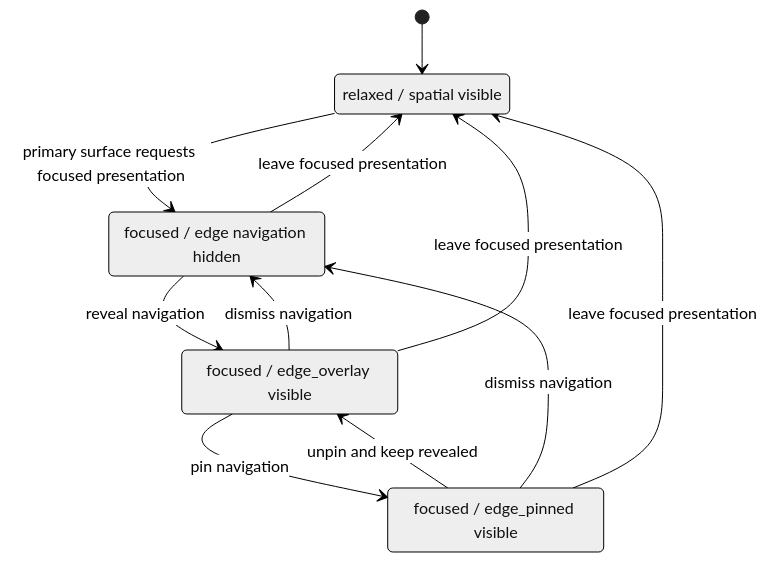
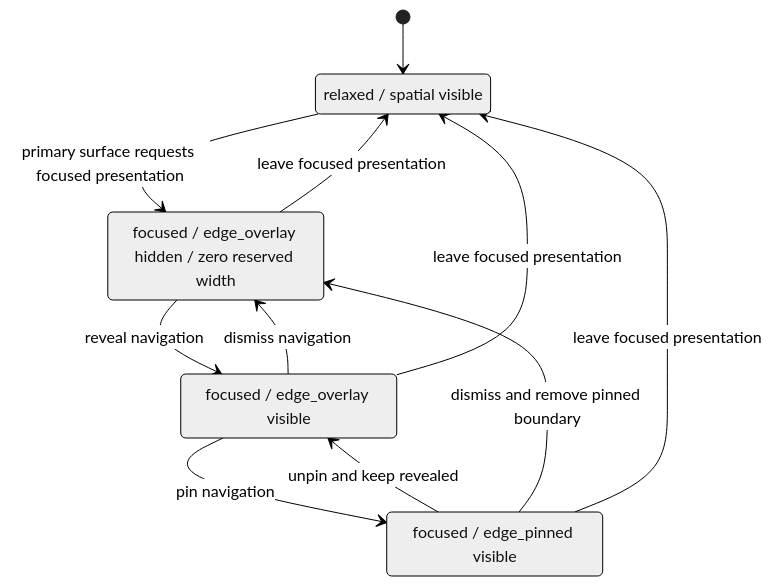
Before and after one commit to Resonant-Jones/Codexify: the diagram in docs/architecture/adr/096-adaptive-application-sidebar-posture-and-shell-boundary.md, drawn with Mermaid (neutral theme). The commit also changed other lines of this file and 1 other file, not shown here.

Commit message:
Clarify hidden sidebar allocation and conversation origin filtering

````diff
--- a/docs/architecture/adr/096-adaptive-application-sidebar-posture-and-shell-boundary.md
+++ b/docs/architecture/adr/096-adaptive-application-sidebar-posture-and-shell-boundary.md
@@ -50,17 +52,17 @@
 ```mermaid
 stateDiagram-v2
     [*] --> RelaxedSpatial
     RelaxedSpatial: relaxed / spatial visible
-    FocusedHidden: focused / edge navigation hidden
+    FocusedHidden: focused / edge_overlay hidden / zero reserved width
     FocusedOverlay: focused / edge_overlay visible
     FocusedPinned: focused / edge_pinned visible
     RelaxedSpatial --> FocusedHidden: primary surface requests focused presentation
     FocusedHidden --> FocusedOverlay: reveal navigation
     FocusedOverlay --> FocusedHidden: dismiss navigation
     FocusedOverlay --> FocusedPinned: pin navigation
     FocusedPinned --> FocusedOverlay: unpin and keep revealed
-    FocusedPinned --> FocusedHidden: dismiss navigation
+    FocusedPinned --> FocusedHidden: dismiss and remove pinned boundary
     FocusedHidden --> RelaxedSpatial: leave focused presentation
     FocusedOverlay --> RelaxedSpatial: leave focused presentation
     FocusedPinned --> RelaxedSpatial: leave focused presentation
 ```
````
